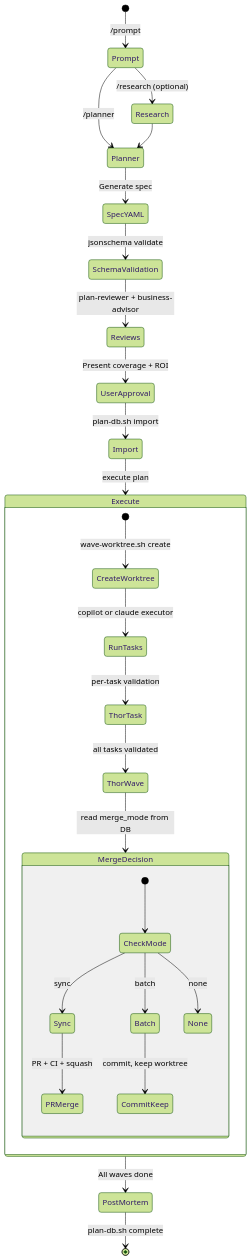
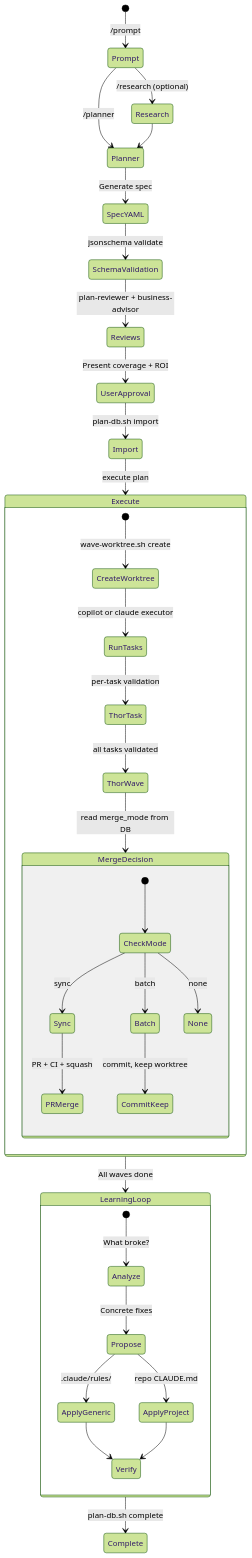
One commit to Roberdan/MyConvergio changed the second of 6 diagrams in README.md. Above: the diagram before and after it, drawn with Mermaid (forest theme). The commit also changed other lines of this file and 3 other files, not shown here.

First line of the commit message:
docs: ADR-0039 post-plan learning loop + README self-learning section

````diff
--- a/README.md
+++ b/README.md
@@ -64,32 +64,41 @@
 ```mermaid
 stateDiagram-v2
     [*] --> Prompt: /prompt
     Prompt --> Research: /research (optional)
     Prompt --> Planner: /planner
     Research --> Planner
     Planner --> SpecYAML: Generate spec
     SpecYAML --> SchemaValidation: jsonschema validate
     SchemaValidation --> Reviews: plan-reviewer + business-advisor
     Reviews --> UserApproval: Present coverage + ROI
     UserApproval --> Import: plan-db.sh import
     Import --> Execute: execute plan
 
     state Execute {
         [*] --> CreateWorktree: wave-worktree.sh create
         CreateWorktree --> RunTasks: copilot or claude executor
         RunTasks --> ThorTask: per-task validation
         ThorTask --> ThorWave: all tasks validated
         ThorWave --> MergeDecision: read merge_mode from DB
 
         state MergeDecision {
             [*] --> CheckMode
             CheckMode --> Sync: sync
             CheckMode --> Batch: batch
             CheckMode --> None: none
             Sync --> PRMerge: PR + CI + squash
             Batch --> CommitKeep: commit, keep worktree
         }
     }
-    Execute --> PostMortem: All waves done
-    PostMortem --> [*]: plan-db.sh complete
+    Execute --> LearningLoop: All waves done
+    LearningLoop --> Complete: plan-db.sh complete
+
+    state LearningLoop {
+        [*] --> Analyze: What broke?
+        Analyze --> Propose: Concrete fixes
+        Propose --> ApplyGeneric: .claude/rules/
+        Propose --> ApplyProject: repo CLAUDE.md
+        ApplyGeneric --> Verify
+        ApplyProject --> Verify
+    }
 ```
````
